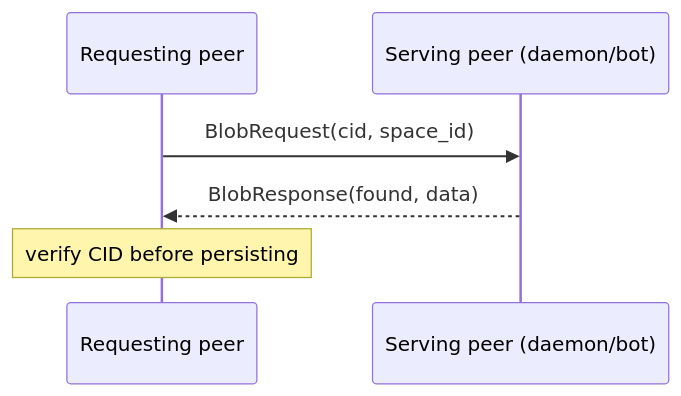
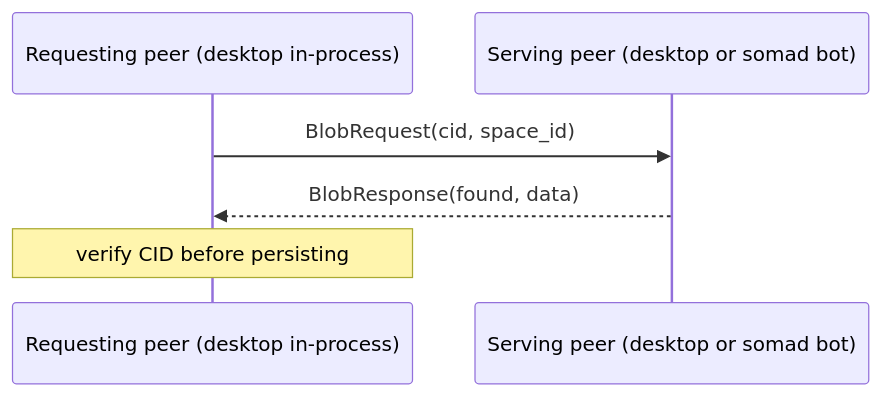
One commit to stephane-segning/soma changed the third of 4 diagrams in docs/src/architecture/e2e-flows.md. Above: the diagram before and after it, drawn with Mermaid. The commit also changed other lines of this file and 142 other files, not shown here.

````diff
--- a/docs/src/architecture/e2e-flows.md
+++ b/docs/src/architecture/e2e-flows.md
@@ -82,9 +94,9 @@
 ```mermaid
 sequenceDiagram
-  participant A as Requesting peer
-  participant B as Serving peer (daemon/bot)
+  participant A as Requesting peer (desktop in-process)
+  participant B as Serving peer (desktop or somad bot)
 
   A->>B: BlobRequest(cid, space_id)
   B-->>A: BlobResponse(found, data)
   Note over A: verify CID before persisting
 ```
````
